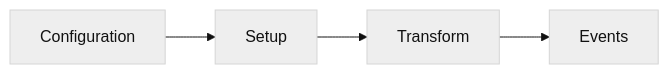
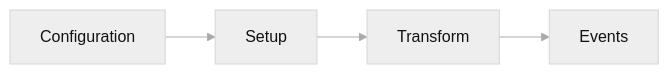
The diagram in docs/guide/plugin-system.md (pikacss/pikacss), drawn with Mermaid before and after one commit. The commit also changed 3 other files, not shown here.

Commit message:
feat(docs): enhance Mermaid diagrams for dark mode support and update theme variables

````diff
--- a/docs/guide/plugin-system.md
+++ b/docs/guide/plugin-system.md
@@ -101,12 +101,12 @@
 ```mermaid
-%%{init: {'theme': 'base', 'themeVariables': { 'primaryColor': '#eee', 'primaryTextColor': '#111', 'lineColor': '#111', 'secondaryColor': '#eee', 'tertiaryColor': '#111' }}}%%
+%%{init: {'theme': 'base', 'themeVariables': { 'primaryColor': '#eee', 'primaryTextColor': '#111', 'lineColor': '#aaa', 'secondaryColor': '#eee', 'tertiaryColor': '#eee' }}}%%
 flowchart LR
     A[Configuration] --> B[Setup]
     B --> C[Transform]
     C --> D[Events]
 
     style A fill:#eee,color:#111
     style B fill:#eee,color:#111
     style C fill:#eee,color:#111
     style D fill:#eee,color:#111
 ```
````
